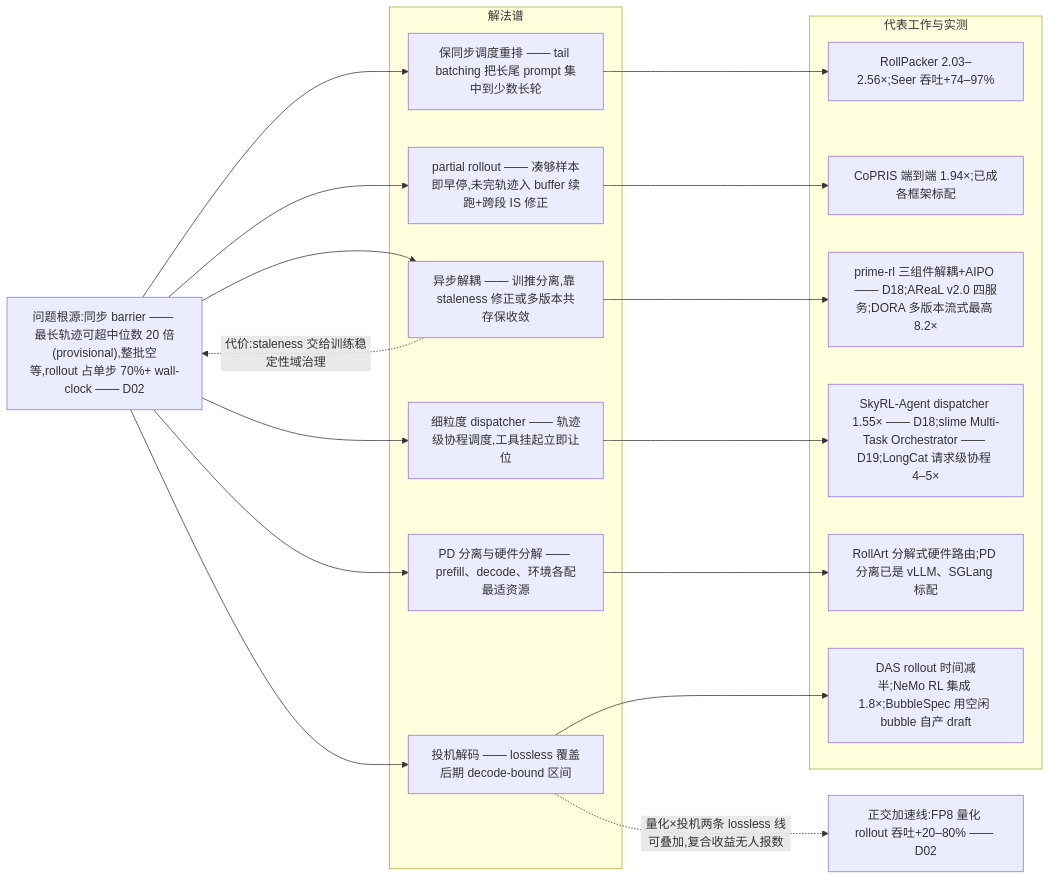
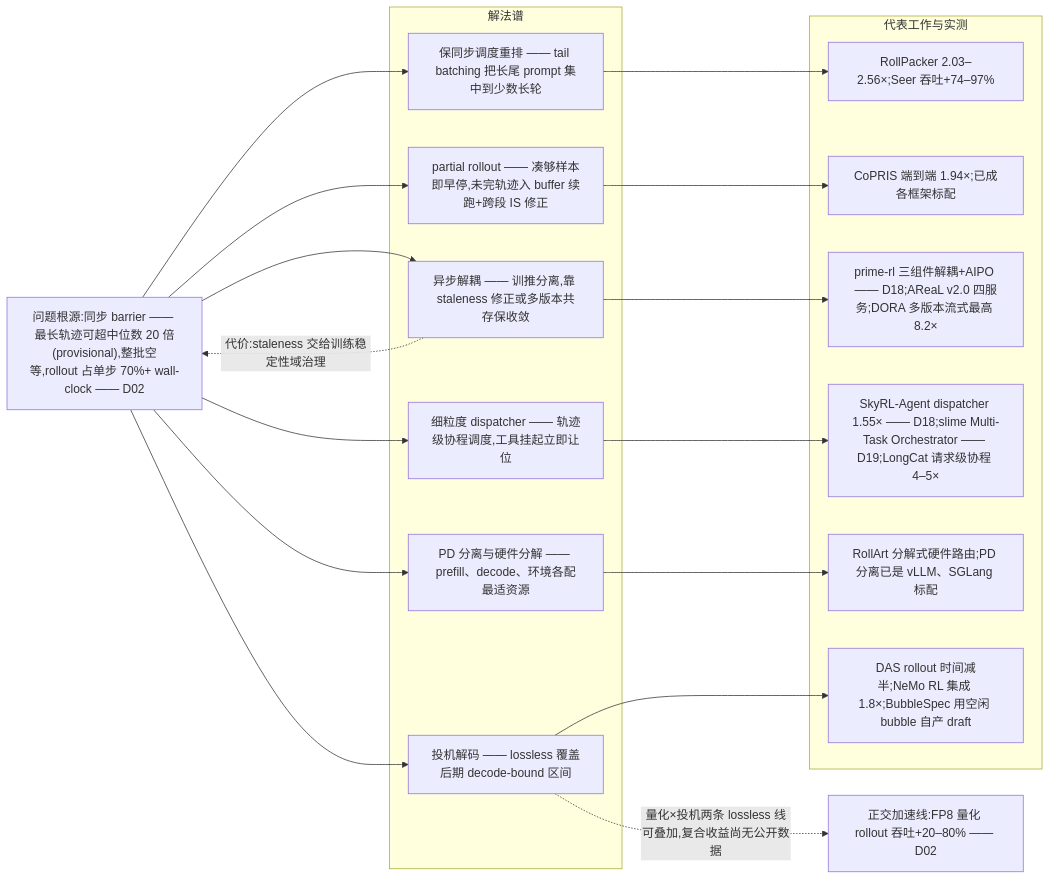
One commit to lloo099/mission44 changed the second of 5 diagrams in docs/blog/dispatch-23-agentic-rl-problem-map.md. Above: the diagram before and after it, drawn with Mermaid. The commit also changed other lines of this file and 24 other files, not shown here.

Commit message:
全站文风统一:29 篇按'专业简洁、去口语化'标准批量修订 — 确定性替换 100 处(崩法→失稳模式/洼地→空白领域/占坑→公开工作/黑箱→未公开/datatype 动物园→谱系/押注→投入/护城河→竞争壁垒 等)+ 8 个编辑 agent 分批逐句精修(D24 单篇 38 处;两轮均遇用量上限中断后续跑完成)+ blog.json 摘要 6 处 + 综述残留 2 处. 术语全站一致化; 29 文件 mermaid 全验证 0 errors; 快照页同步重建

````diff
--- a/docs/blog/dispatch-23-agentic-rl-problem-map.md
+++ b/docs/blog/dispatch-23-agentic-rl-problem-map.md
@@ -96,33 +96,33 @@
 ```mermaid
 flowchart LR
     P["问题根源:同步 barrier —— 最长轨迹可超中位数 20 倍(provisional),整批空等,rollout 占单步 70%+ wall-clock —— D02"]
 
     subgraph SOL ["解法谱"]
         S1["保同步调度重排 —— tail batching 把长尾 prompt 集中到少数长轮"]
         S2["partial rollout —— 凑够样本即早停,未完轨迹入 buffer 续跑+跨段 IS 修正"]
         S3["异步解耦 —— 训推分离,靠 staleness 修正或多版本共存保收敛"]
         S4["细粒度 dispatcher —— 轨迹级协程调度,工具挂起立即让位"]
         S5["PD 分离与硬件分解 —— prefill、decode、环境各配最适资源"]
         S6["投机解码 —— lossless 覆盖后期 decode-bound 区间"]
     end
 
     subgraph REP ["代表工作与实测"]
         R1["RollPacker 2.03–2.56×;Seer 吞吐+74–97%"]
         R2["CoPRIS 端到端 1.94×;已成各框架标配"]
         R3["prime-rl 三组件解耦+AIPO —— D18;AReaL v2.0 四服务;DORA 多版本流式最高 8.2×"]
         R4["SkyRL-Agent dispatcher 1.55× —— D18;slime Multi-Task Orchestrator —— D19;LongCat 请求级协程 4–5×"]
         R5["RollArt 分解式硬件路由;PD 分离已是 vLLM、SGLang 标配"]
         R6["DAS rollout 时间减半;NeMo RL 集成 1.8×;BubbleSpec 用空闲 bubble 自产 draft"]
     end
 
     P --> S1 --> R1
     P --> S2 --> R2
     P --> S3 --> R3
     P --> S4 --> R4
     P --> S5 --> R5
     P --> S6 --> R6
 
     Q["正交加速线:FP8 量化 rollout 吞吐+20–80% —— D02"]
-    S6 -. "量化×投机两条 lossless 线可叠加,复合收益无人报数" .-> Q
+    S6 -. "量化×投机两条 lossless 线可叠加,复合收益尚无公开数据" .-> Q
     S3 -. "代价:staleness 交给训练稳定性域治理" .-> P
 ```
````
